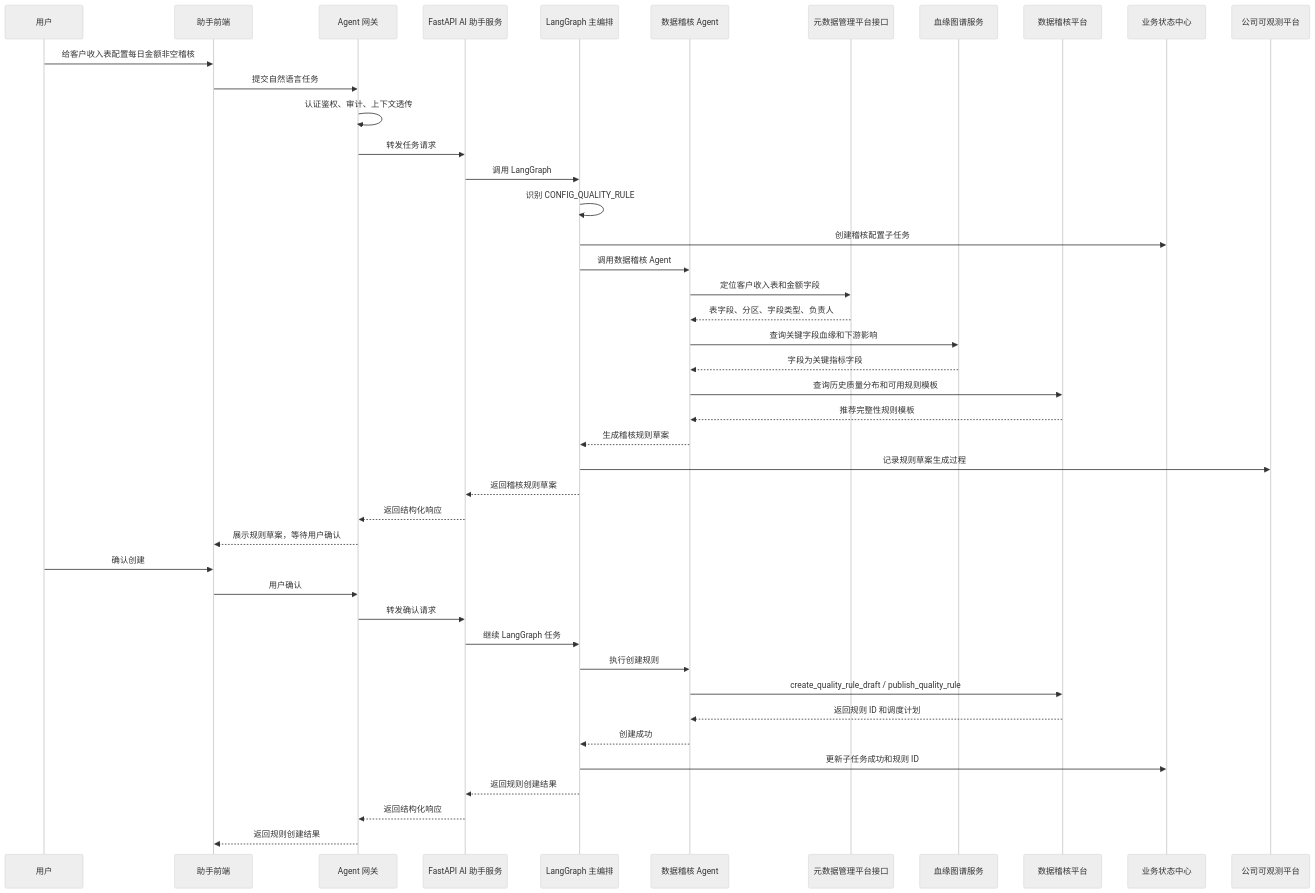
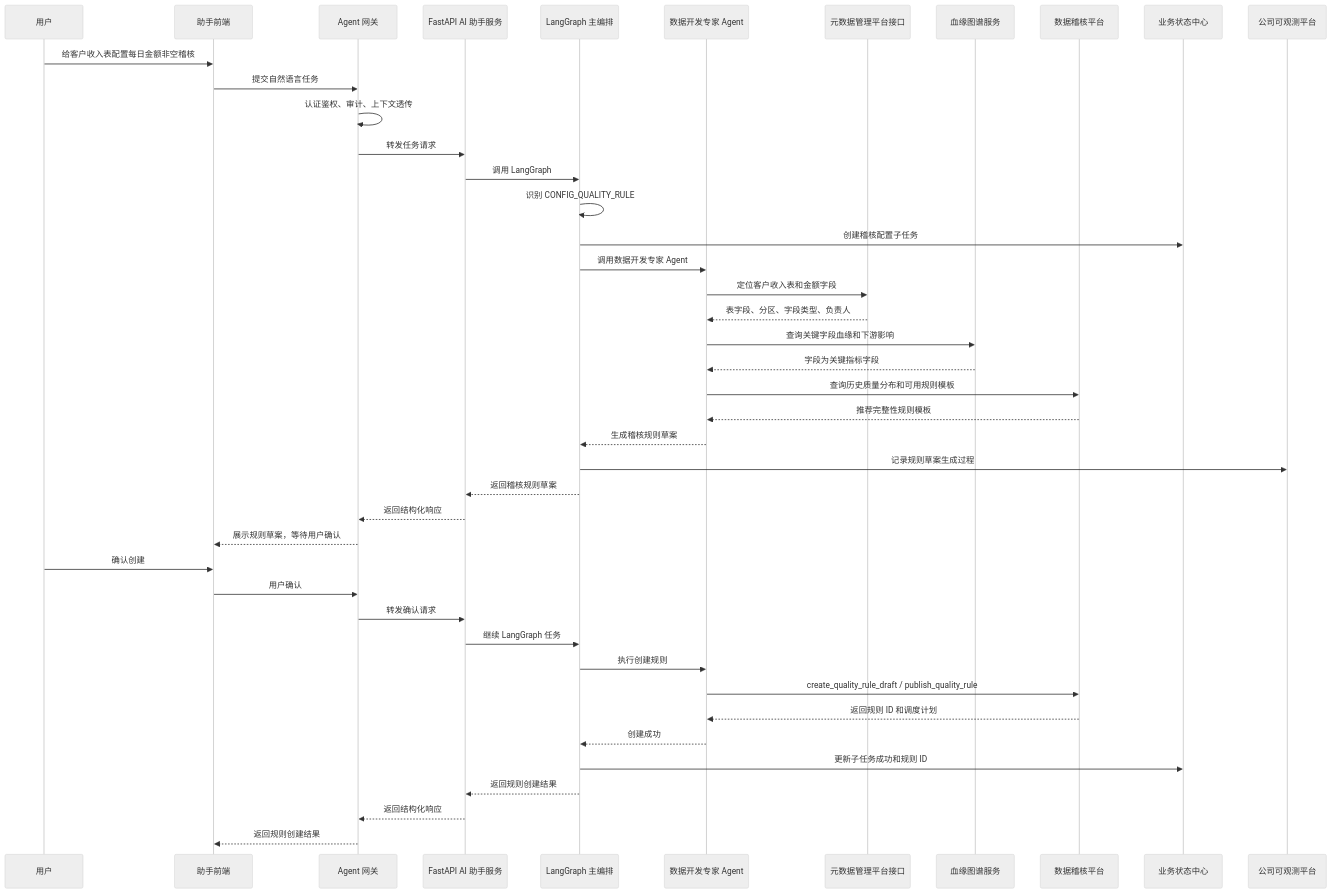
The sixth of 8 diagrams in 数据资产助手/90-附录-数据资产助手典型场景数据流.md (ShaneLiu001/dataasset), drawn with Mermaid (neutral theme) before and after one commit. The commit also changed other lines of this file and 23 other files, not shown here.

````diff
--- a/数据资产助手/90-附录-数据资产助手典型场景数据流.md
+++ b/数据资产助手/90-附录-数据资产助手典型场景数据流.md
@@ -266,46 +263,46 @@
 ```mermaid
 sequenceDiagram
   participant U as 用户
   participant FE as 助手前端
   participant GW as Agent 网关
   participant API as FastAPI AI 助手服务
   participant R as LangGraph 主编排
-  participant Q as 数据稽核 Agent
+  participant Q as 数据开发专家 Agent
   participant M as 元数据管理平台接口
   participant L as 血缘图谱服务
   participant QS as 数据稽核平台
   participant State as 业务状态中心
   participant Obs as 公司可观测平台
 
   U->>FE: 给客户收入表配置每日金额非空稽核
   FE->>GW: 提交自然语言任务
   GW->>GW: 认证鉴权、审计、上下文透传
   GW->>API: 转发任务请求
   API->>R: 调用 LangGraph
   R->>R: 识别 CONFIG_QUALITY_RULE
   R->>State: 创建稽核配置子任务
-  R->>Q: 调用数据稽核 Agent
+  R->>Q: 调用数据开发专家 Agent
   Q->>M: 定位客户收入表和金额字段
   M-->>Q: 表字段、分区、字段类型、负责人
   Q->>L: 查询关键字段血缘和下游影响
   L-->>Q: 字段为关键指标字段
   Q->>QS: 查询历史质量分布和可用规则模板
   QS-->>Q: 推荐完整性规则模板
   Q-->>R: 生成稽核规则草案
   R->>Obs: 记录规则草案生成过程
   R-->>API: 返回稽核规则草案
   API-->>GW: 返回结构化响应
   GW-->>FE: 展示规则草案，等待用户确认
   U->>FE: 确认创建
   FE->>GW: 用户确认
   GW->>API: 转发确认请求
   API->>R: 继续 LangGraph 任务
   R->>Q: 执行创建规则
   Q->>QS: create_quality_rule_draft / publish_quality_rule
   QS-->>Q: 返回规则 ID 和调度计划
   Q-->>R: 创建成功
   R->>State: 更新子任务成功和规则 ID
   R-->>API: 返回规则创建结果
   API-->>GW: 返回结构化响应
   GW-->>FE: 返回规则创建结果
 ```
````
